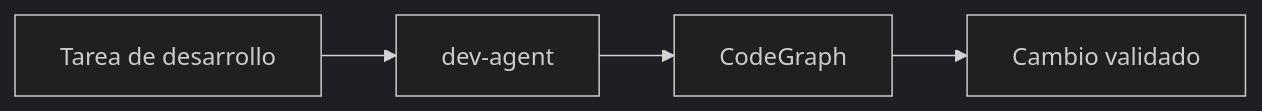
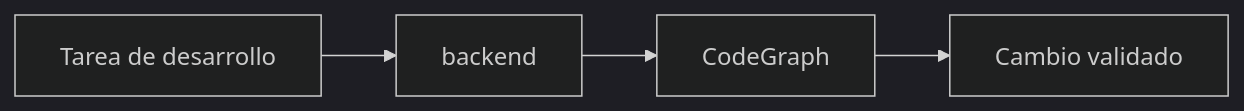
One commit to Sertxito/mcp-efficiency-engine changed the diagram in examples/use-cases/dev-modern.md. Above: the diagram before and after it, drawn with Mermaid (dark theme). The commit also changed other lines of this file and 51 other files, not shown here.

````diff
--- a/examples/use-cases/dev-modern.md
+++ b/examples/use-cases/dev-modern.md
@@ -26,6 +26,6 @@
 ```mermaid
 flowchart LR
-  TASK[Tarea de desarrollo] --> DEV[dev-agent]
+  TASK[Tarea de desarrollo] --> DEV[backend]
   DEV --> CG[CodeGraph]
   CG --> FIX[Cambio validado]
 ```
````
